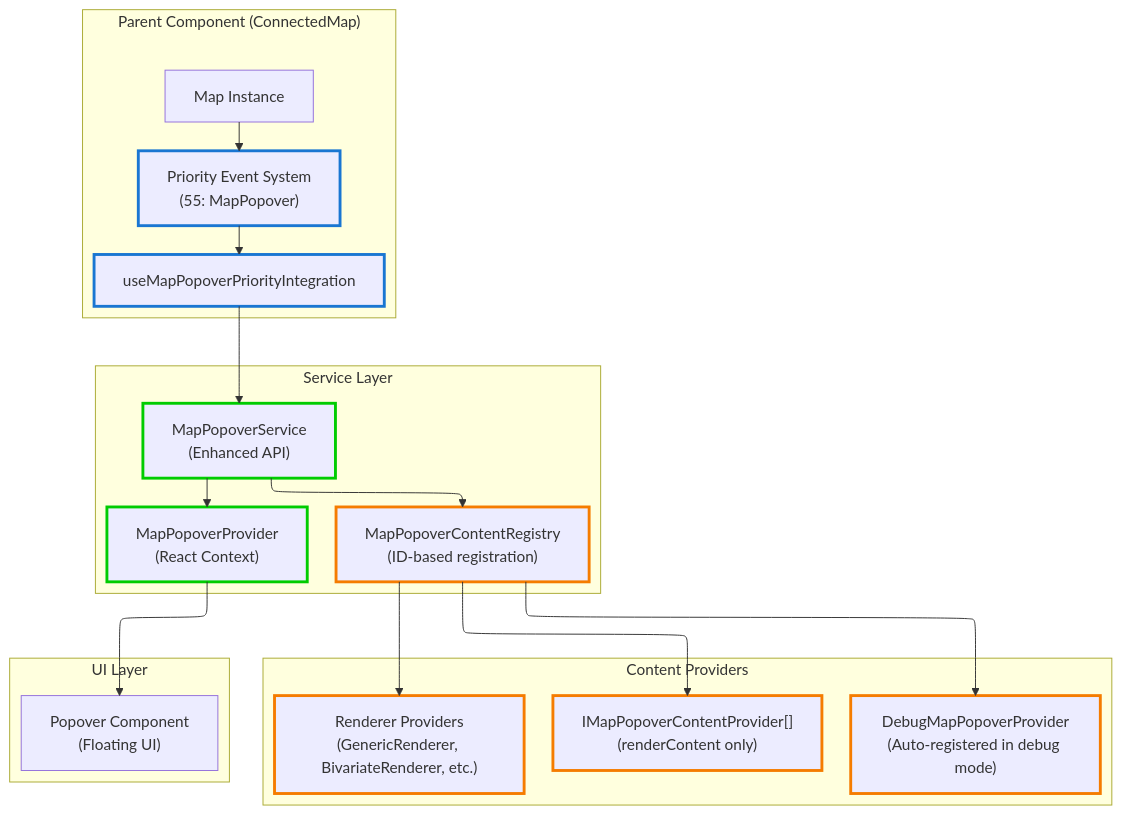
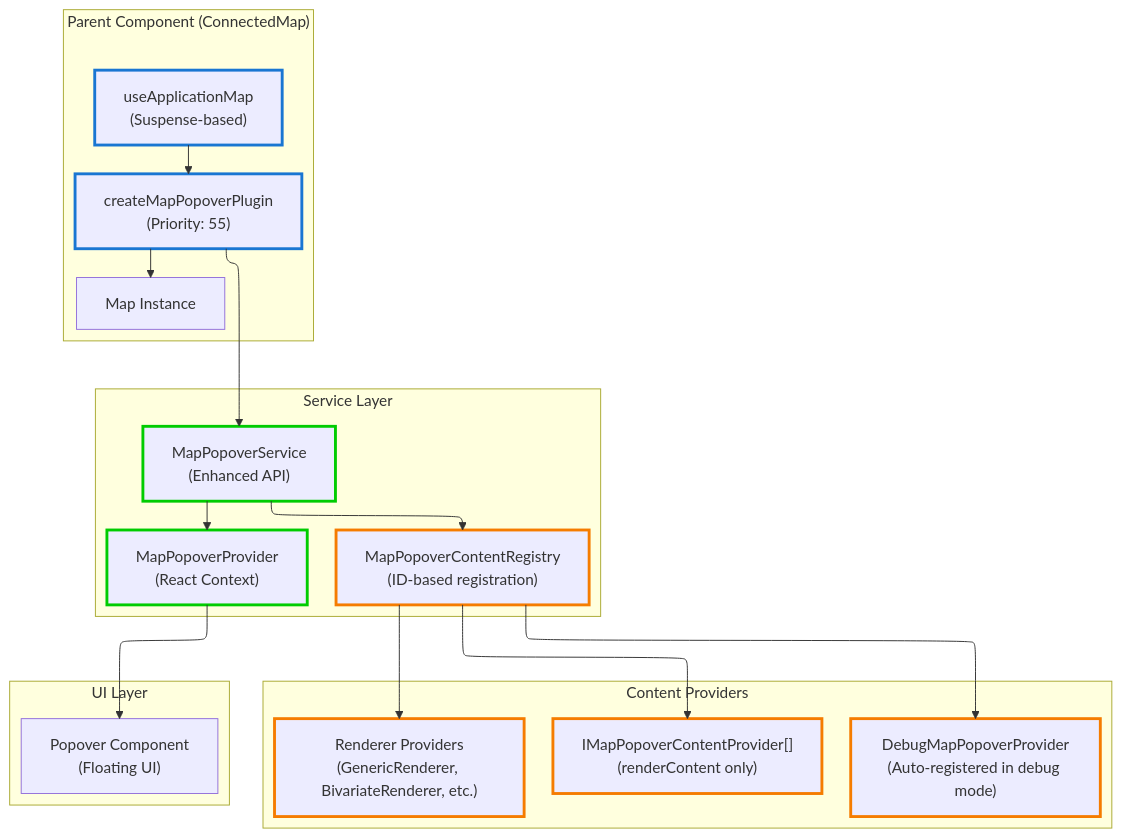
Before and after one commit to konturio/disaster-ninja-fe: the diagram in src/core/map/MapPopover.md, drawn with Mermaid. The commit also changed other lines of this file and 14 other files, not shown here.

Commit message:
Refactor ConnectedMap component to utilize new modular architecture with Suspense-based loading

````diff
--- a/src/core/map/MapPopover.md
+++ b/src/core/map/MapPopover.md
@@ -7,48 +7,48 @@
 ```mermaid
 ---
 config:
   layout: elk
 ---
 graph TD
     subgraph "Parent Component (ConnectedMap)"
-        PrioritySystem["Priority Event System<br/>(55: MapPopover)"]
-        PriorityHook["useMapPopoverPriorityIntegration"]
+        UseApplicationMap["useApplicationMap<br/>(Suspense-based)"]
+        MapPopoverPlugin["createMapPopoverPlugin<br/>(Priority: 55)"]
         MapInstance["Map Instance"]
     end
 
     subgraph "Service Layer"
         Service["MapPopoverService<br/>(Enhanced API)"]
         Registry["MapPopoverContentRegistry<br/>(ID-based registration)"]
         Provider["MapPopoverProvider<br/>(React Context)"]
     end
 
     subgraph "Content Providers"
         ContentProviders["IMapPopoverContentProvider[]<br/>(renderContent only)"]
         DebugProvider["DebugMapPopoverProvider<br/>(Auto-registered in debug mode)"]
         RendererProviders["Renderer Providers<br/>(GenericRenderer, BivariateRenderer, etc.)"]
     end
 
     subgraph "UI Layer"
         PopoverComponent["Popover Component<br/>(Floating UI)"]
     end
 
-    MapInstance --> PrioritySystem
-    PrioritySystem --> PriorityHook
-    PriorityHook --> Service
+    UseApplicationMap --> MapPopoverPlugin
+    MapPopoverPlugin --> MapInstance
+    MapPopoverPlugin --> Service
 
     Service --> Registry
     Registry --> ContentProviders
     Registry --> DebugProvider
     Registry --> RendererProviders
 
     Service --> Provider
     Provider --> PopoverComponent
 
     classDef integration stroke:#1976d2,stroke-width:3px
     classDef coreService stroke:#00cc00,stroke-width:3px
     classDef contentSystem stroke:#f57c00,stroke-width:3px
 
-    class PrioritySystem,PriorityHook integration
+    class UseApplicationMap,MapPopoverPlugin integration
     class Service,Provider coreService
     class Registry,ContentProviders,DebugProvider,RendererProviders contentSystem
 ```
````
